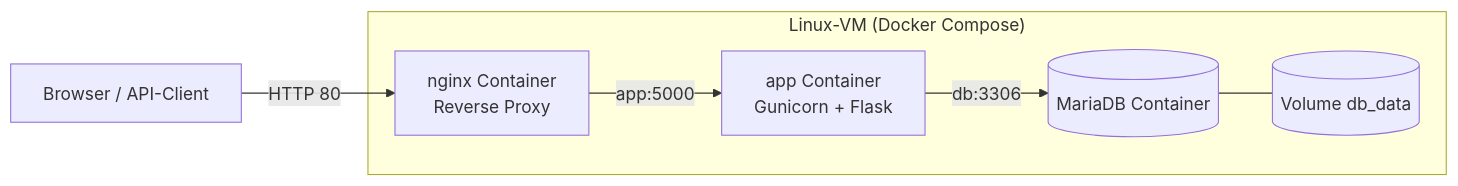
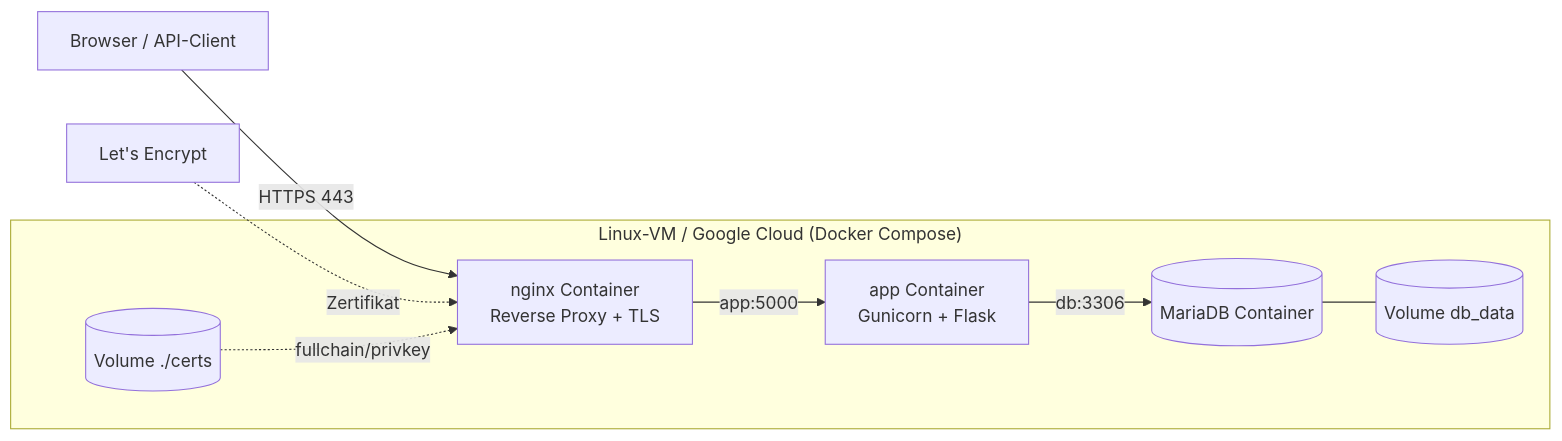
Before and after one commit to harpf/FlightDeck-DG-Hub: the fourth of 4 diagrams in docs/PRAXISARBEIT.md, drawn with Mermaid. The commit also changed other lines of this file and 1 other file, not shown here.

First line of the commit message:
docs: update Lösungsdokument + architecture for current feature set

````diff
--- a/docs/PRAXISARBEIT.md
+++ b/docs/PRAXISARBEIT.md
@@ -229,9 +298,11 @@
 ```mermaid
 flowchart LR
-    client[Browser / API-Client] -->|HTTP 80| nginx
-    subgraph Host["Linux-VM (Docker Compose)"]
-        nginx[nginx Container\nReverse Proxy] -->|app:5000| app[app Container\nGunicorn + Flask]
+    client[Browser / API-Client] -->|HTTPS 443| nginx
+    le[Let's Encrypt] -. Zertifikat .-> nginx
+    subgraph Host["Linux-VM / Google Cloud (Docker Compose)"]
+        nginx[nginx Container\nReverse Proxy + TLS] -->|app:5000| app[app Container\nGunicorn + Flask]
         app -->|db:3306| db[(MariaDB Container)]
         db --- vol[(Volume db_data)]
+        certs[(Volume ./certs)] -. fullchain/privkey .-> nginx
     end
 ```
````
